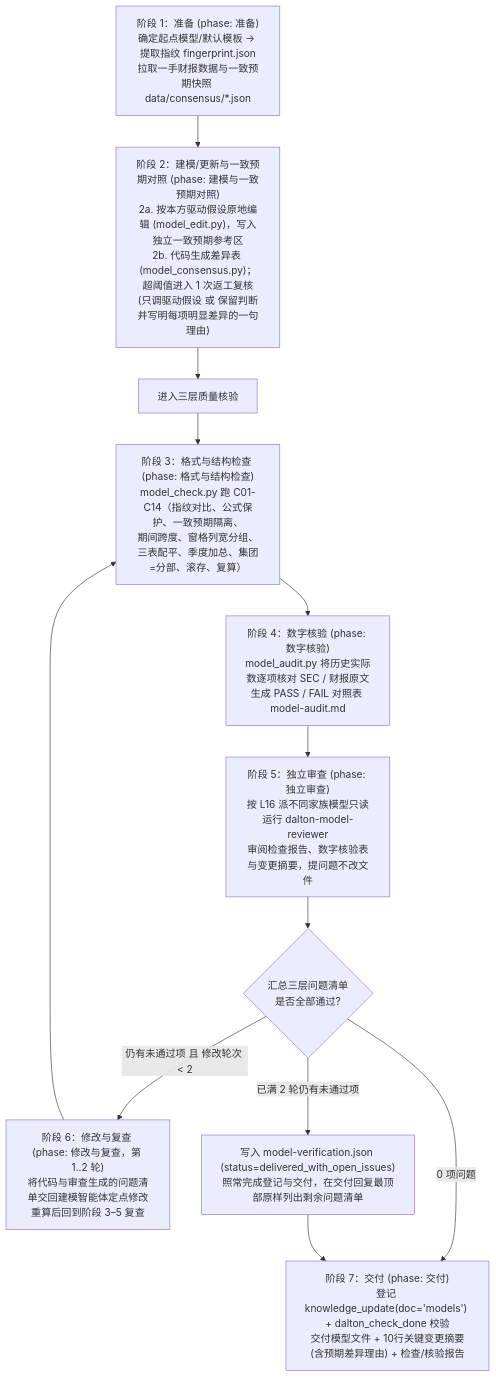
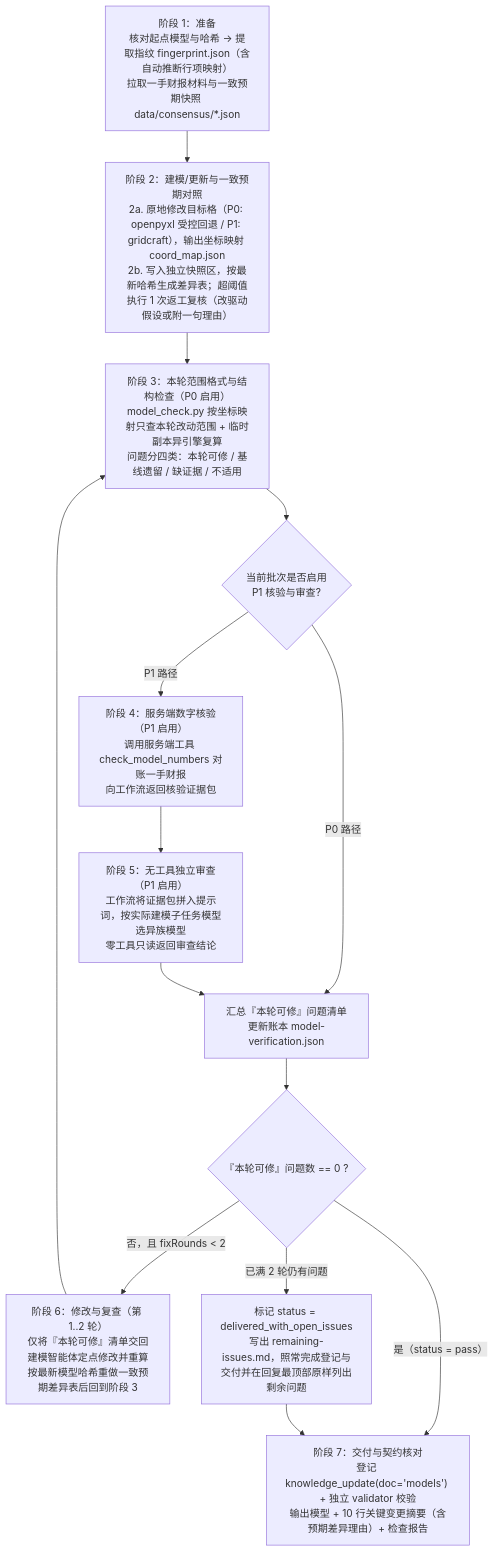
Before and after one commit to everflowinv/dalton-langalpha: the diagram in docs/dalton/features/modeling-v2.md, drawn with Mermaid. The commit also changed other lines of this file, not shown here.

````diff
--- a/docs/dalton/features/modeling-v2.md
+++ b/docs/dalton/features/modeling-v2.md
@@ -102,14 +111,16 @@
 ```mermaid
 flowchart TD
-    S1["阶段 1：准备 (phase: 准备)<br/>确定起点模型/默认模板 → 提取指纹 fingerprint.json<br/>拉取一手财报数据与一致预期快照 data/consensus/*.json"] --> S2["阶段 2：建模/更新与一致预期对照 (phase: 建模与一致预期对照)<br/>2a. 按本方驱动假设原地编辑 (model_edit.py)，写入独立一致预期参考区<br/>2b. 代码生成差异表 (model_consensus.py)；超阈值进入 1 次返工复核<br/>(只调驱动假设 或 保留判断并写明每项明显差异的一句理由)"]
-    S2 --> CheckEntry["进入三层质量核验"]
-    CheckEntry --> S3["阶段 3：格式与结构检查 (phase: 格式与结构检查)<br/>model_check.py 跑 C01-C14（指纹对比、公式保护、一致预期隔离、<br/>期间跨度、窗格列宽分组、三表配平、季度加总、集团=分部、滚存、复算）"]
-    S3 --> S4["阶段 4：数字核验 (phase: 数字核验)<br/>model_audit.py 将历史实际数逐项核对 SEC / 财报原文<br/>生成 PASS / FAIL 对照表 model-audit.md"]
-    S4 --> S5["阶段 5：独立审查 (phase: 独立审查)<br/>按 L16 派不同家族模型只读运行 dalton-model-reviewer<br/>审阅检查报告、数字核验表与变更摘要，提问题不改文件"]
-    S5 --> Judge{"汇总三层问题清单<br/>是否全部通过?"}
-    Judge -->|"0 项问题"| S7["阶段 7：交付 (phase: 交付)<br/>登记 knowledge_update(doc='models') + dalton_check_done 校验<br/>交付模型文件 + 10行关键变更摘要(含预期差异理由) + 检查/核验报告"]
-    Judge -->|"仍有未通过项 且 修改轮次 < 2"| S6["阶段 6：修改与复查 (phase: 修改与复查，第 1..2 轮)<br/>将代码与审查生成的问题清单交回建模智能体定点修改<br/>重算后回到阶段 3–5 复查"]
+    S1["阶段 1：准备<br/>核对起点模型与哈希 → 提取指纹 fingerprint.json（含自动推断行项映射）<br/>拉取一手财报材料与一致预期快照 data/consensus/*.json"] --> S2["阶段 2：建模/更新与一致预期对照<br/>2a. 原地修改目标格（P0: openpyxl 受控回退 / P1: gridcraft），输出坐标映射 coord_map.json<br/>2b. 写入独立快照区，按最新哈希生成差异表；超阈值执行 1 次返工复核（改驱动假设或附一句理由）"]
+    S2 --> S3["阶段 3：本轮范围格式与结构检查（P0 启用）<br/>model_check.py 按坐标映射只查本轮改动范围 + 临时副本异引擎复算<br/>问题分四类：本轮可修 / 基线遗留 / 缺证据 / 不适用"]
+    S3 --> P1Gate{"当前批次是否启用<br/>P1 核验与审查?"}
+    P1Gate -->|"P0 路径"| Merge["汇总『本轮可修』问题清单<br/>更新账本 model-verification.json"]
+    P1Gate -->|"P1 路径"| S4["阶段 4：服务端数字核验（P1 启用）<br/>调用服务端工具 check_model_numbers 对账一手财报<br/>向工作流返回核验证据包"]
+    S4 --> S5["阶段 5：无工具独立审查（P1 启用）<br/>工作流将证据包拼入提示词，按实际建模子任务模型选异族模型<br/>零工具只读返回审查结论"]
+    S5 --> Merge
+    Merge --> Judge{"『本轮可修』问题数 == 0 ?"}
+    Judge -->|"是（status = pass）"| S7["阶段 7：交付与契约核对<br/>登记 knowledge_update(doc='models') + 独立 validator 校验<br/>输出模型 + 10 行关键变更摘要（含预期差异理由）+ 检查报告"]
+    Judge -->|"否，且 fixRounds < 2"| S6["阶段 6：修改与复查（第 1..2 轮）<br/>仅将『本轮可修』清单交回建模智能体定点修改并重算<br/>按最新模型哈希重做一致预期差异表后回到阶段 3"]
     S6 --> S3
-    Judge -->|"已满 2 轮仍有未通过项"| DeliverOpen["写入 model-verification.json (status=delivered_with_open_issues)<br/>照常完成登记与交付，在交付回复最顶部原样列出剩余问题清单"]
+    Judge -->|"已满 2 轮仍有问题"| DeliverOpen["标记 status = delivered_with_open_issues<br/>写出 remaining-issues.md，照常完成登记与交付并在回复最顶部原样列出剩余问题"]
     DeliverOpen --> S7
 ```
````
